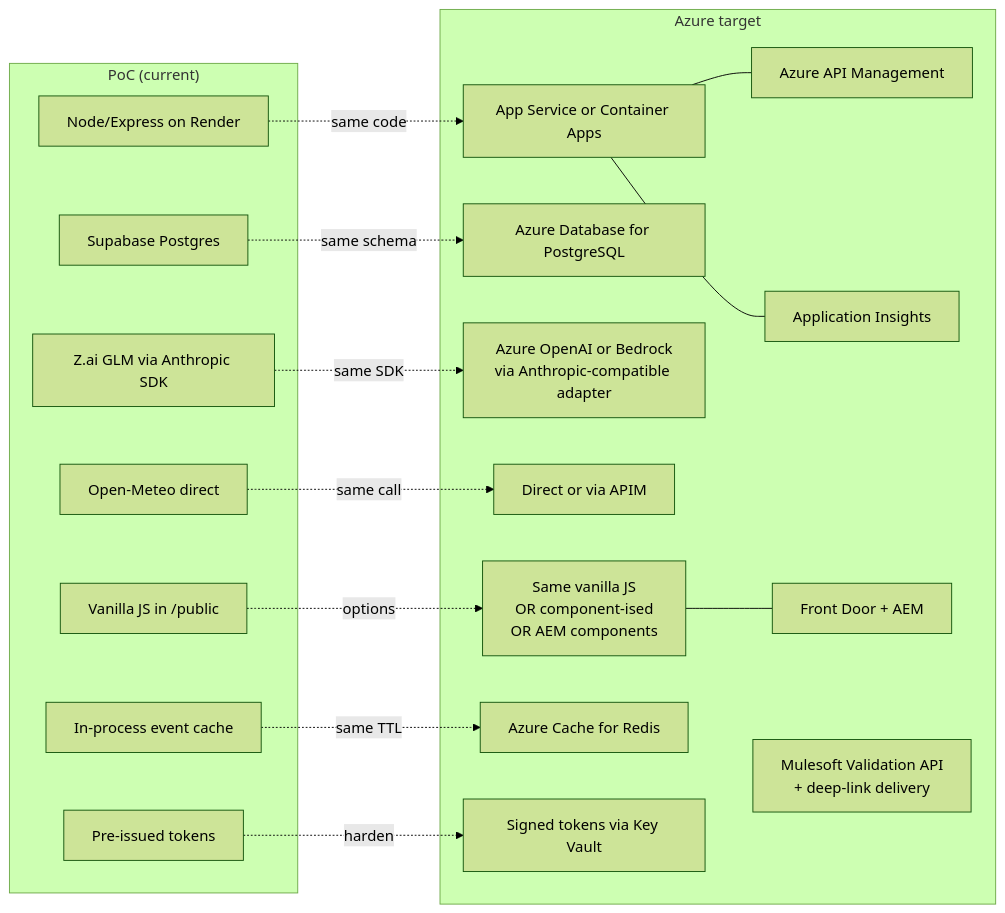
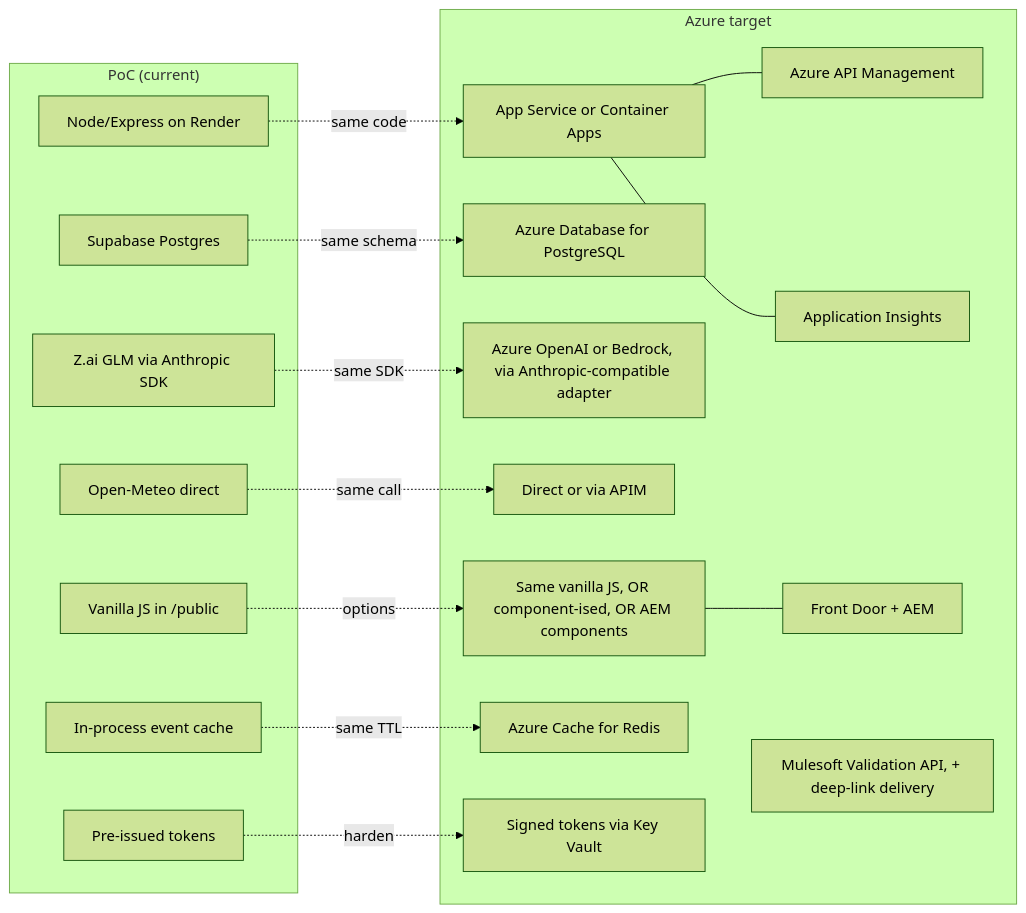
The ninth of 9 diagrams in docs/PoC-Overview-for-Confluence.md (samhud1999/leisure-concierge), drawn with Mermaid (forest theme) before and after one commit. The commit also changed other lines of this file and 1 other file, not shown here.

First line of the commit message:
docs: HTML build of the Confluence overview + diagram source tweaks

````diff
--- a/docs/PoC-Overview-for-Confluence.md
+++ b/docs/PoC-Overview-for-Confluence.md
@@ -469,37 +469,37 @@
 ```mermaid
 graph LR
   subgraph "PoC (current)"
     P1[Node/Express on Render]
     P2[Supabase Postgres]
     P3[Z.ai GLM via Anthropic SDK]
     P4[Open-Meteo direct]
     P5[Vanilla JS in /public]
     P6[In-process event cache]
     P7[Pre-issued tokens]
   end
 
   subgraph "Azure target"
     A1[App Service or Container Apps]
     A2[Azure Database for PostgreSQL]
-    A3[Azure OpenAI or Bedrock<br/>via Anthropic-compatible adapter]
+    A3[Azure OpenAI or Bedrock, via Anthropic-compatible adapter]
     A4[Direct or via APIM]
-    A5[Same vanilla JS<br/>OR component-ised<br/>OR AEM components]
+    A5[Same vanilla JS, OR component-ised, OR AEM components]
     A6[Azure Cache for Redis]
     A7[Signed tokens via Key Vault]
     A8[Azure API Management]
     A9[Application Insights]
     A10[Front Door + AEM]
-    AV[Mulesoft Validation API<br/>+ deep-link delivery]
+    AV[Mulesoft Validation API, + deep-link delivery]
   end
 
   P1 -.same code.-> A1
   P2 -.same schema.-> A2
   P3 -.same SDK.-> A3
   P4 -.same call.-> A4
   P5 -.options.-> A5
   P6 -.same TTL.-> A6
   P7 -.harden.-> A7
   A1 --- A8
   A1 --- A9
   A5 --- A10
 ```
````
